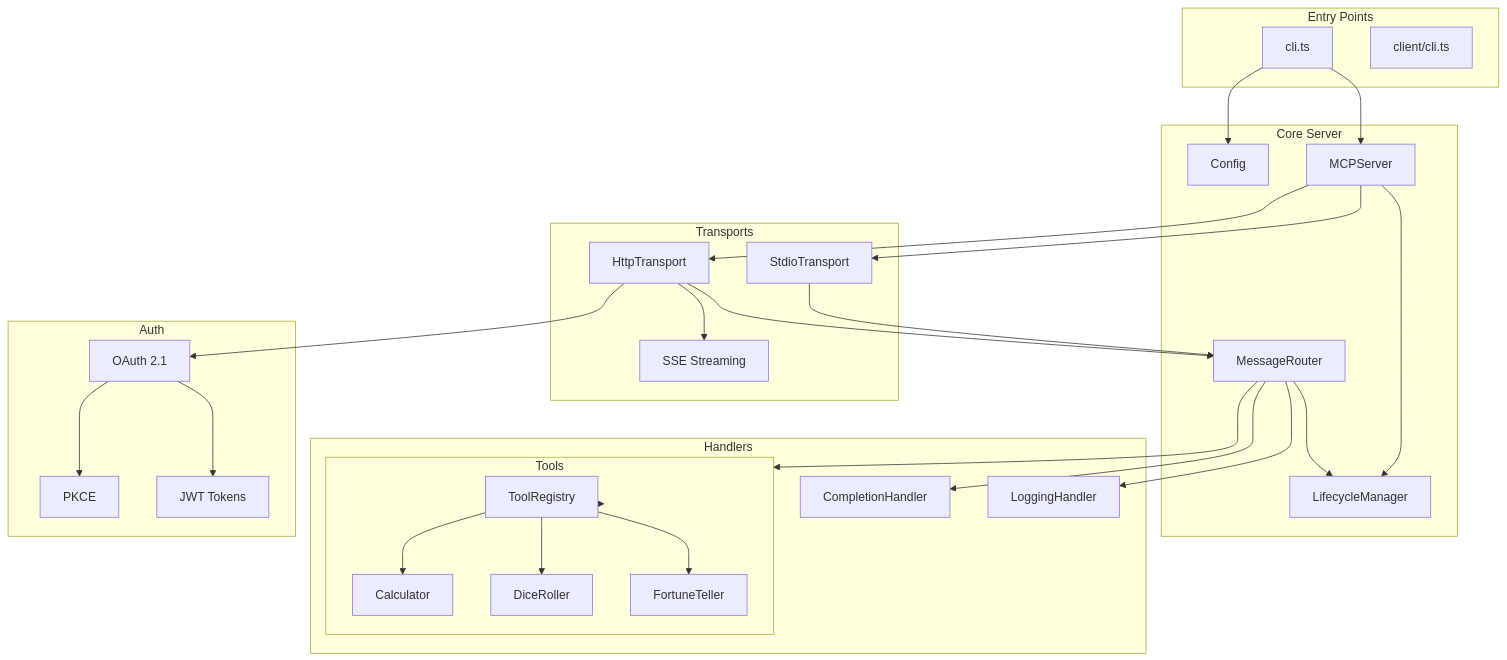
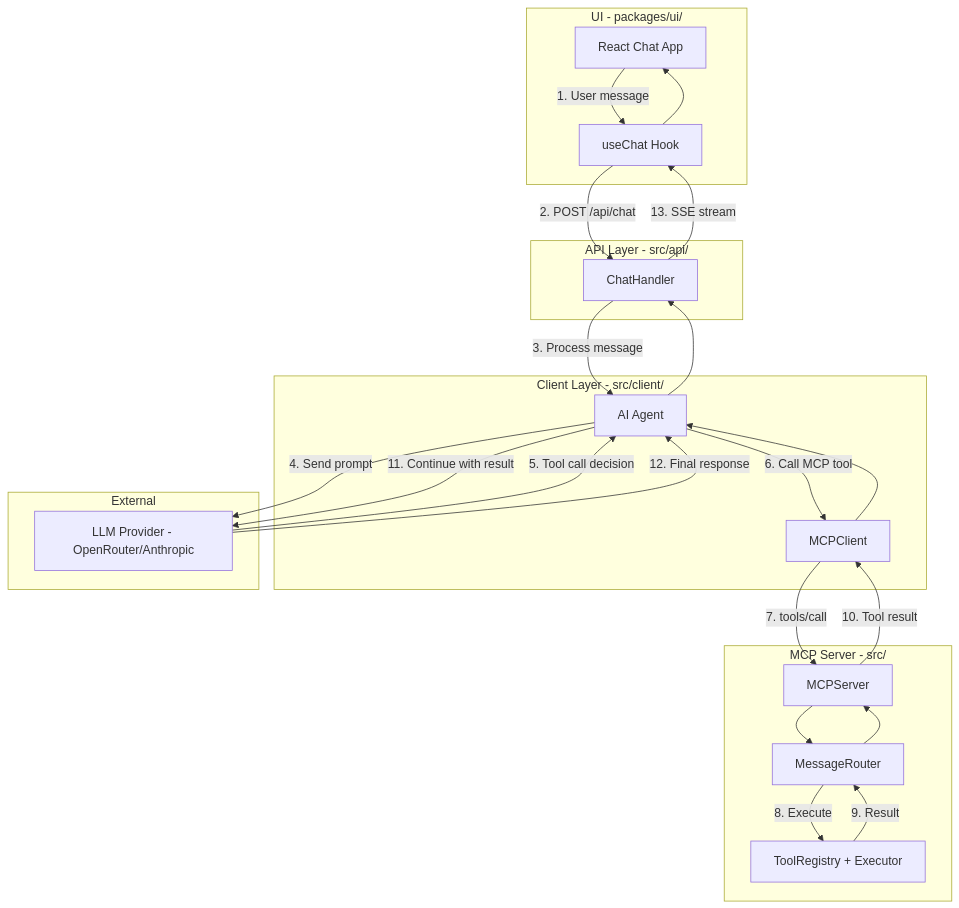
One commit to chief-builder/mcp-reference-server changed the first of 2 diagrams in docs/onboarding-report.md. Above: the diagram before and after it, drawn with Mermaid. The commit also changed other lines of this file and 1 other file, not shown here.

Commit message:
docs: add project onboarding report with architecture diagrams

````diff
--- a/docs/onboarding-report.md
+++ b/docs/onboarding-report.md
@@ -51,59 +46,46 @@
 ```mermaid
 graph TB
-    subgraph "Entry Points"
-        CLI[cli.ts]
-        ClientCLI[client/cli.ts]
+    subgraph "UI - packages/ui/"
+        ReactApp[React Chat App]
+        ChatHook[useChat Hook]
     end
 
-    subgraph "Core Server"
-        Config[Config]
+    subgraph "API Layer - src/api/"
+        ChatHandler[ChatHandler]
+    end
+
+    subgraph "Client Layer - src/client/"
+        Agent[AI Agent]
+        MCPClient[MCPClient]
+    end
+
+    subgraph "External"
+        LLM[LLM Provider - OpenRouter/Anthropic]
+    end
+
+    subgraph "MCP Server - src/"
         Server[MCPServer]
         Router[MessageRouter]
-        Lifecycle[LifecycleManager]
+        Tools[ToolRegistry + Executor]
     end
 
-    subgraph "Transports"
-        Stdio[StdioTransport]
-        HTTP[HttpTransport]
-        SSE[SSE Streaming]
-    end
-
-    subgraph "Handlers"
-        Tools[ToolExecutor]
-        Completions[CompletionHandler]
-        Logging[LoggingHandler]
-    end
-
-    subgraph "Tools"
-        Registry[ToolRegistry]
-        Calculator[Calculator]
-        DiceRoller[DiceRoller]
-        Fortune[FortuneTeller]
-    end
-
-    subgraph "Auth"
-        OAuth[OAuth 2.1]
-        PKCE[PKCE]
-        JWT[JWT Tokens]
-    end
-
-    CLI --> Config
-    CLI --> Server
-    Server --> Lifecycle
-    Server --> Stdio
-    Server --> HTTP
-    HTTP --> SSE
-    Stdio --> Router
-    HTTP --> Router
-    Router --> Lifecycle
-    Router --> Tools
-    Router --> Completions
-    Router --> Logging
-    Tools --> Registry
-    Registry --> Calculator
-    Registry --> DiceRoller
-    Registry --> Fortune
-    HTTP --> OAuth
-    OAuth --> PKCE
-    OAuth --> JWT
+    %% UI to Tools flow
+    ReactApp -->|1. User message| ChatHook
+    ChatHook -->|2. POST /api/chat| ChatHandler
+    ChatHandler -->|3. Process message| Agent
+    Agent -->|4. Send prompt| LLM
+    LLM -->|5. Tool call decision| Agent
+    Agent -->|6. Call MCP tool| MCPClient
+    MCPClient -->|7. tools/call| Server
+    Server --> Router
+    Router -->|8. Execute| Tools
+    Tools -->|9. Result| Router
+    Router --> Server
+    Server -->|10. Tool result| MCPClient
+    MCPClient --> Agent
+    Agent -->|11. Continue with result| LLM
+    LLM -->|12. Final response| Agent
+    Agent --> ChatHandler
+    ChatHandler -->|13. SSE stream| ChatHook
+    ChatHook --> ReactApp
 ```
````
